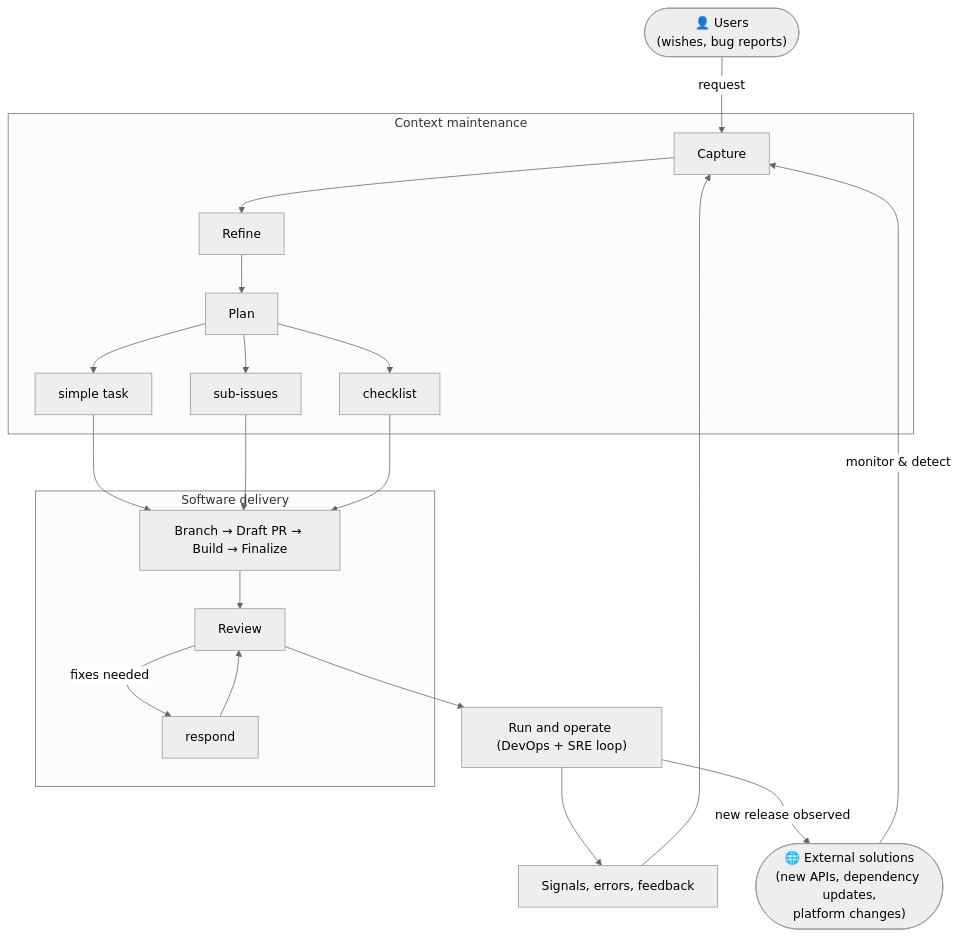
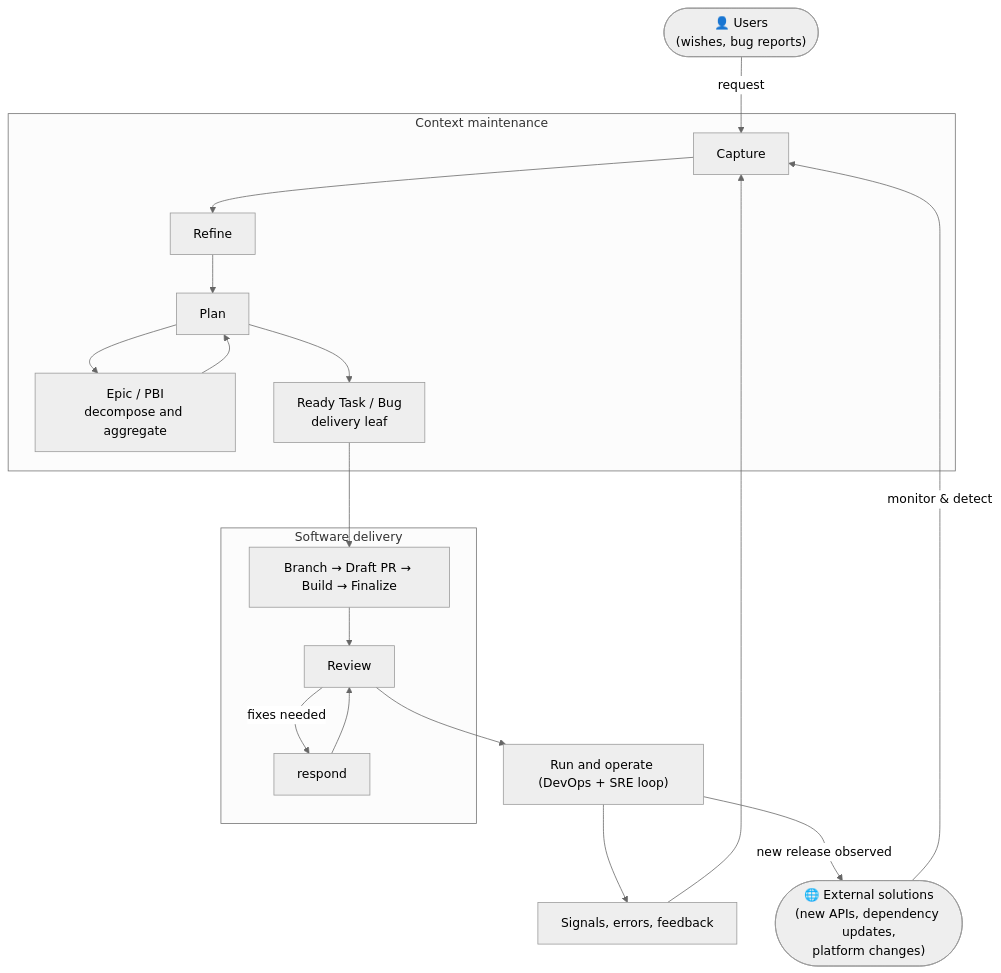
One commit to MSXOrg/docs changed the diagram in src/docs/Ways-of-Working/Workflow.md. Above: the diagram before and after it, drawn with Mermaid (neutral theme). The commit also changed other lines of this file and 6 other files, not shown here.

````diff
--- a/src/docs/Ways-of-Working/Workflow.md
+++ b/src/docs/Ways-of-Working/Workflow.md
@@ -19,30 +19,28 @@
 ```mermaid
 flowchart TD
     Usr(["👤 Users\n(wishes, bug reports)"])
     Ext(["🌐 External solutions\n(new APIs, dependency updates,\nplatform changes)"])
 
     Usr -->|request| Cap
     Ext -->|monitor & detect| Cap
 
     subgraph CM["Context maintenance"]
         Cap[Capture] --> Ref[Refine] --> Pl[Plan]
-        Pl --> T[simple task]
-        Pl --> S[sub-issues]
-        Pl --> CL[checklist]
+        Pl --> Agg["Epic / PBI<br/>decompose and aggregate"]
+        Agg --> Pl
+        Pl --> Leaf["Ready Task / Bug<br/>delivery leaf"]
     end
 
     subgraph SD["Software delivery"]
         Bld["Branch → Draft PR → Build → Finalize"]
         Bld --> Rev[Review]
         Rev -->|fixes needed| Rsp[respond]
         Rsp --> Rev
     end
 
-    T --> Bld
-    S --> Bld
-    CL --> Bld
+    Leaf --> Bld
     Rev --> Ops["Run and operate (DevOps + SRE loop)"]
     Ops --> Sig["Signals, errors, feedback"]
     Sig --> Cap
     Ops -->|new release observed| Ext
 ```
````
